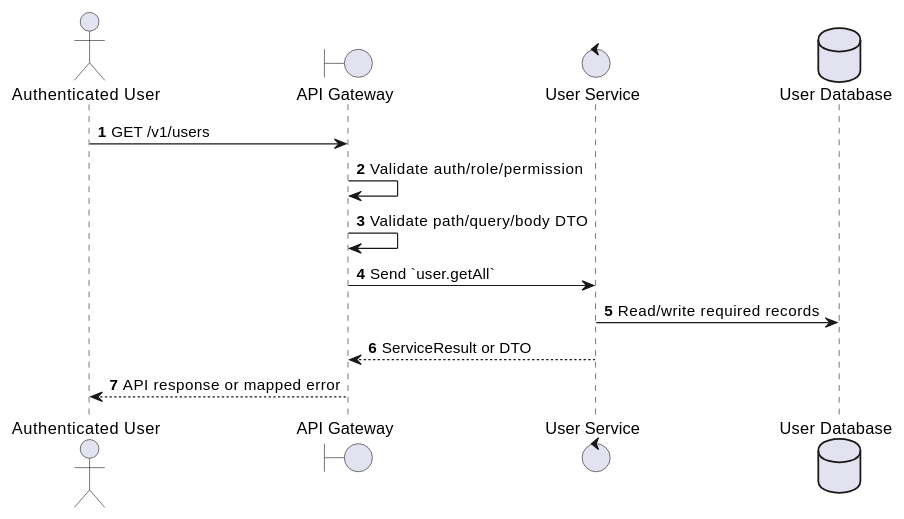
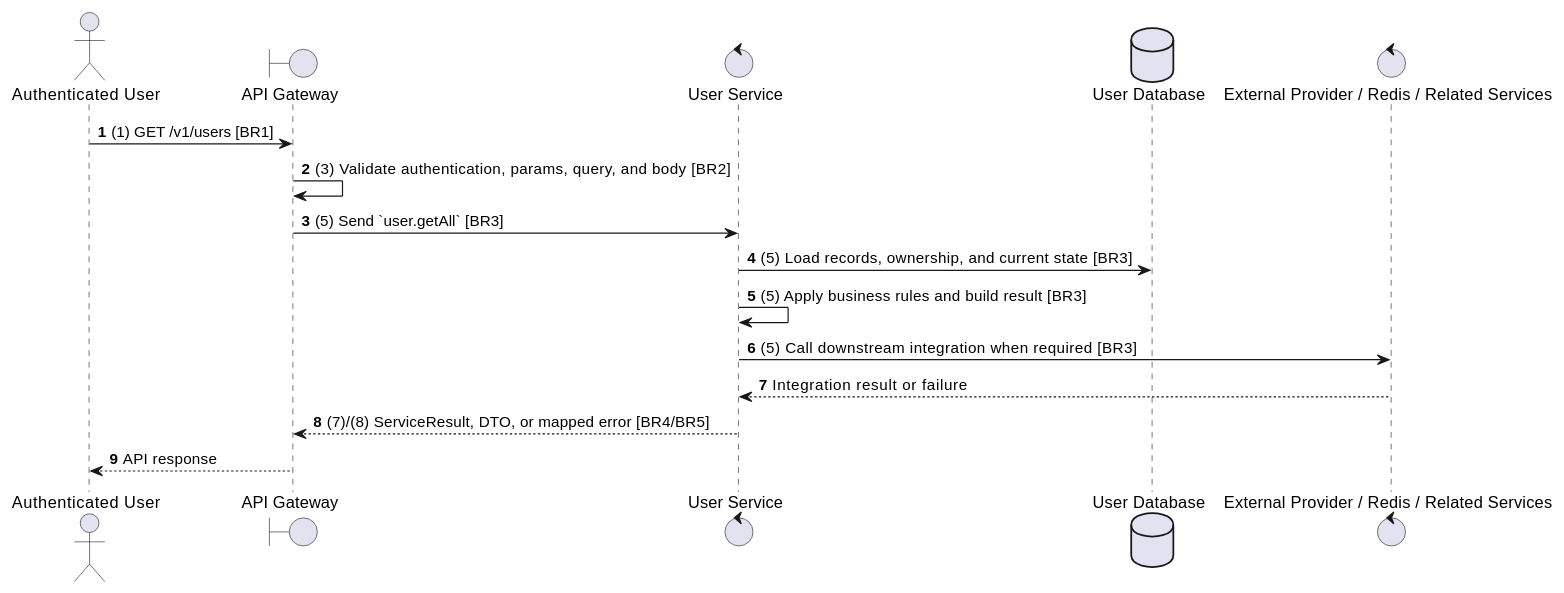
The second of 2 diagrams in docs/functional_specs/3.1_User_Management/UM-02_List_Users.md (Tanh1603/movie-hub-architecture), drawn with PlantUML before and after one commit. The commit also changed other lines of this file and 129 other files, not shown here.

````diff
--- a/docs/functional_specs/3.1_User_Management/UM-02_List_Users.md
+++ b/docs/functional_specs/3.1_User_Management/UM-02_List_Users.md
@@ -17,17 +64,20 @@
 ```plantuml
 @startuml
 autonumber
 actor "Authenticated User" as Actor
 boundary "API Gateway" as GW
 control "User Service" as SVC
 database "User Database" as DB
+control "External Provider / Redis / Related Services" as EXT
 
-Actor -> GW: GET /v1/users
-GW -> GW: Validate auth/role/permission
-GW -> GW: Validate path/query/body DTO
-GW -> SVC: Send `user.getAll`
-SVC -> DB: Read/write required records
-SVC --> GW: ServiceResult or DTO
-GW --> Actor: API response or mapped error
+Actor -> GW: (1) GET /v1/users [BR1]
+GW -> GW: (3) Validate authentication, params, query, and body [BR2]
+GW -> SVC: (5) Send `user.getAll` [BR3]
+SVC -> DB: (5) Load records, ownership, and current state [BR3]
+SVC -> SVC: (5) Apply business rules and build result [BR3]
+SVC -> EXT: (5) Call downstream integration when required [BR3]
+EXT --> SVC: Integration result or failure
+SVC --> GW: (7)/(8) ServiceResult, DTO, or mapped error [BR4/BR5]
+GW --> Actor: API response
 @enduml
 ```
````
